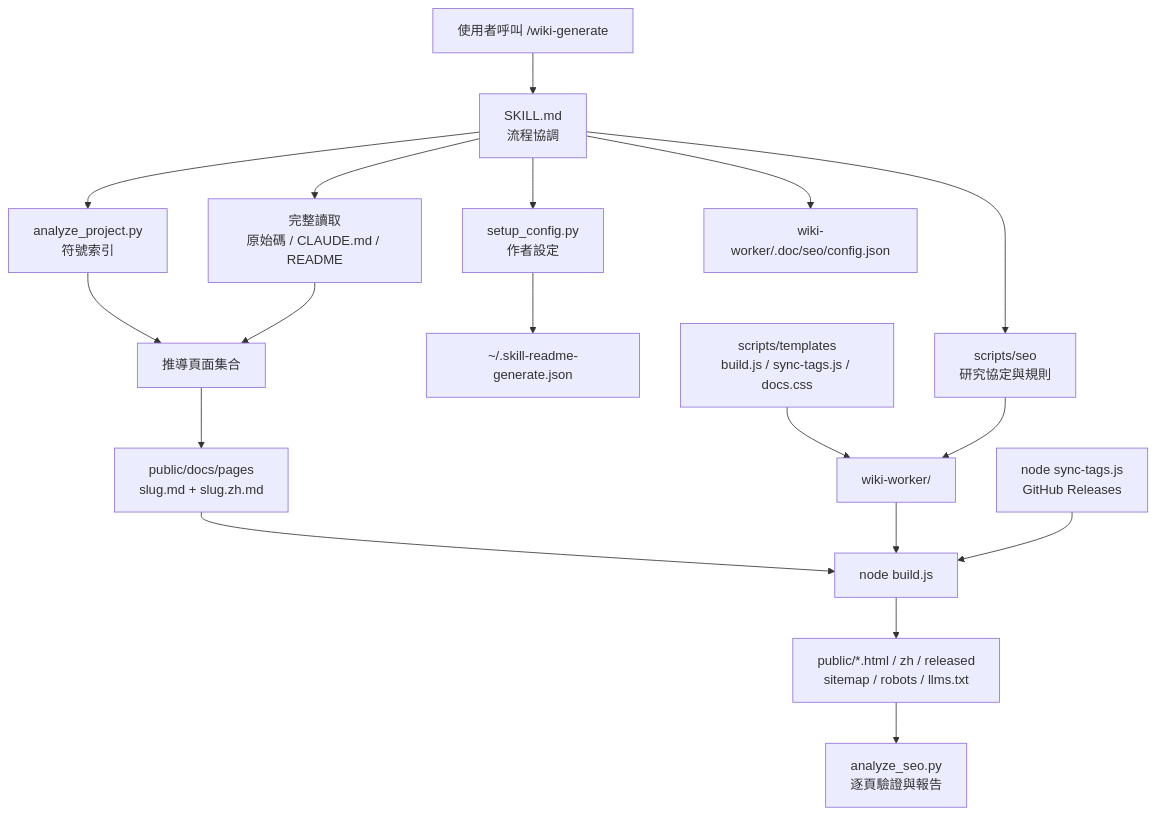
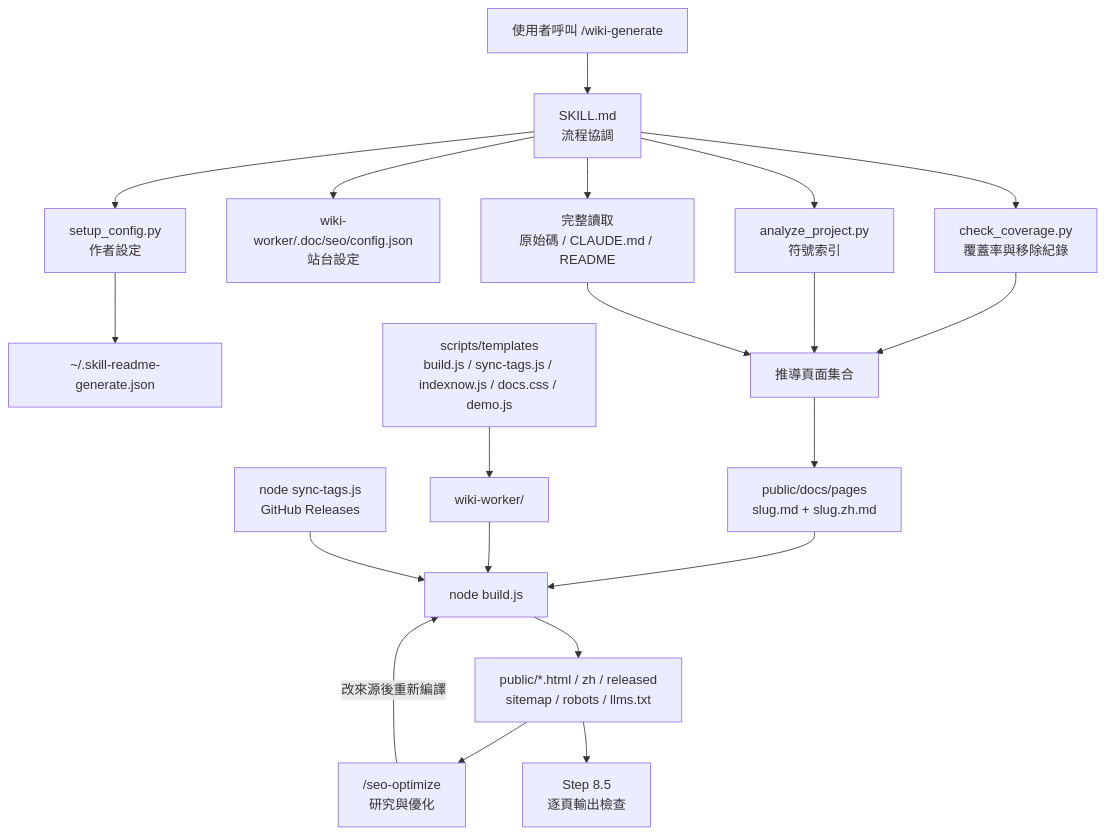
One commit to agenvoy/skill-wiki-generate changed the first of 9 diagrams in doc/architecture.zh.md. Above: the diagram before and after it, drawn with Mermaid. The commit also changed other lines of this file and 13 other files, not shown here.

Commit message:
breaking: Delegate SEO to /seo-optimize and remove built-in SEO scripts

````diff
--- a/doc/architecture.zh.md
+++ b/doc/architecture.zh.md
@@ -7,20 +7,22 @@
 ```mermaid
 graph TB
     User[使用者呼叫 /wiki-generate] --> Skill[SKILL.md<br/>流程協調]
     Skill --> Config[setup_config.py<br/>作者設定]
+    Config --> Author[~/.skill-readme-generate.json]
+    Skill --> SiteCfg[wiki-worker/.doc/seo/config.json<br/>站台設定]
+    Skill --> Coverage[check_coverage.py<br/>覆蓋率與移除紀錄]
     Skill --> Analyze[analyze_project.py<br/>符號索引]
     Skill --> Read[完整讀取<br/>原始碼 / CLAUDE.md / README]
-    Skill --> Research[scripts/seo<br/>研究協定與規則]
-    Config --> Author[~/.skill-readme-generate.json]
-    Skill --> SiteCfg[wiki-worker/.doc/seo/config.json]
-    Analyze --> Derive[推導頁面集合]
+    Coverage --> Derive[推導頁面集合]
+    Analyze --> Derive
     Read --> Derive
     Derive --> Pages[public/docs/pages<br/>slug.md + slug.zh.md]
-    Templates[scripts/templates<br/>build.js / sync-tags.js / docs.css] --> Worker[wiki-worker/]
-    Research --> Worker
+    Templates[scripts/templates<br/>build.js / sync-tags.js / indexnow.js / docs.css / demo.js] --> Worker[wiki-worker/]
     Pages --> Build[node build.js]
     Worker --> Build
     Sync[node sync-tags.js<br/>GitHub Releases] --> Build
     Build --> Site[public/*.html / zh / released<br/>sitemap / robots / llms.txt]
-    Site --> Verify[analyze_seo.py<br/>逐頁驗證與報告]
+    Site --> SEO["/seo-optimize<br/>研究與優化"]
+    SEO -->|改來源後重新編譯| Build
+    Site --> Check[Step 8.5<br/>逐頁輸出檢查]
 ```
````
